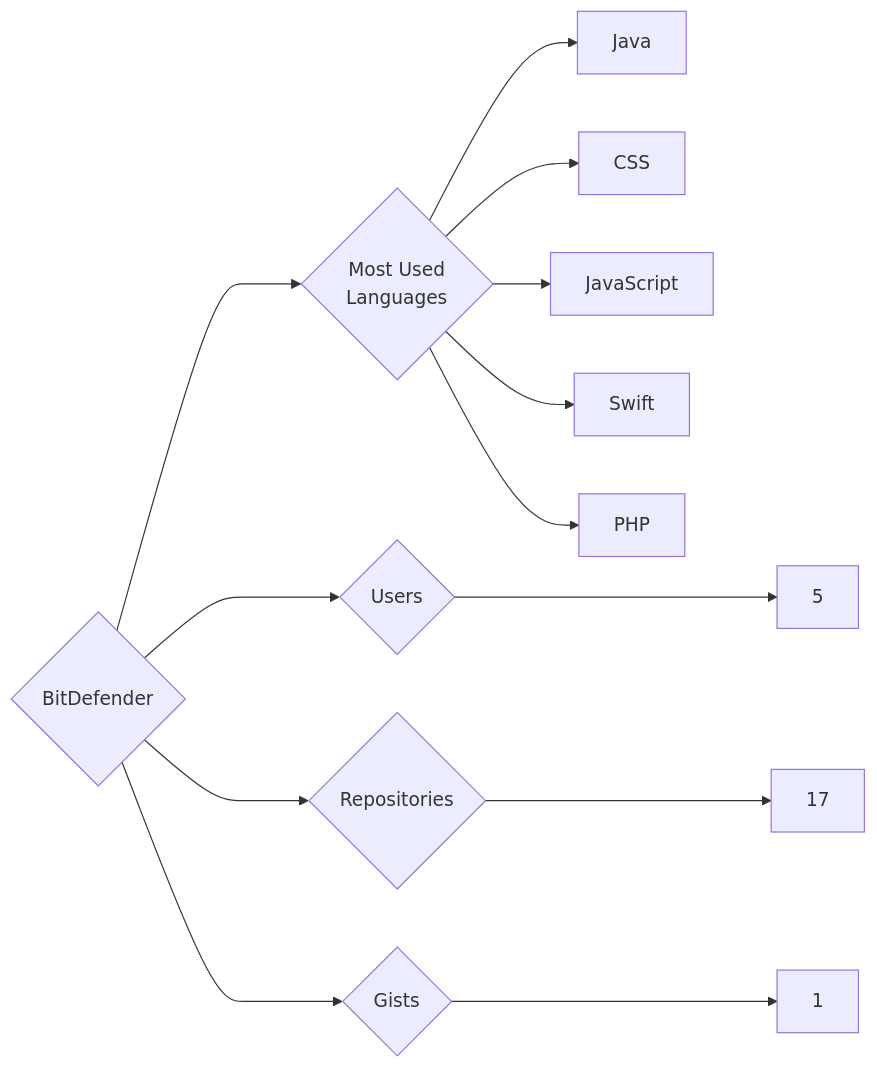
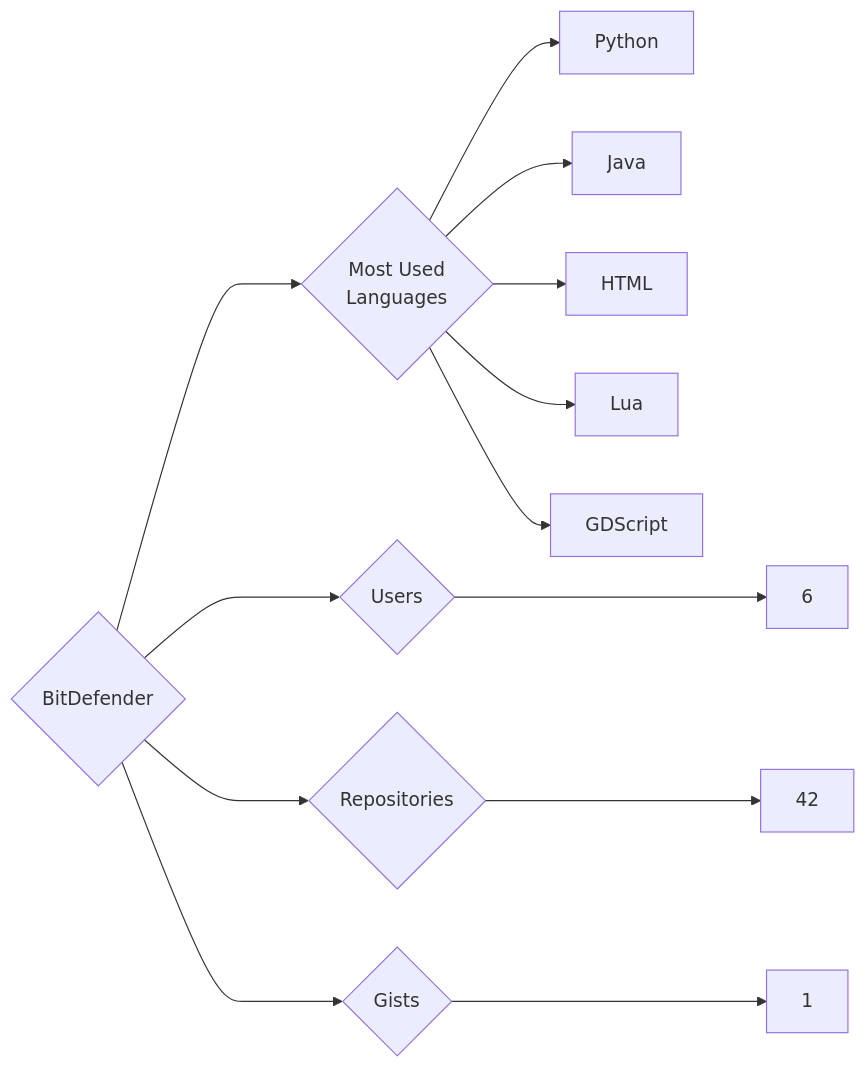
The diagram in targets/BitDefender/README.md (trickest/insiders), drawn with Mermaid before and after one commit. The commit also changed 724 other files, not shown here.

````diff
--- a/targets/BitDefender/README.md
+++ b/targets/BitDefender/README.md
@@ -3,13 +3,13 @@
 ```mermaid
 graph LR
 COMPANY_NAME{BitDefender}
-COMPANY_NAME ---> U{Users} ---> UN[5]
-COMPANY_NAME ---> R{Repositories} ---> RN[17]
+COMPANY_NAME ---> U{Users} ---> UN[6]
+COMPANY_NAME ---> R{Repositories} ---> RN[42]
 COMPANY_NAME ---> G{Gists} ---> GN[1]
 COMPANY_NAME ---> ML{Most Used<br>Languages}
+ML --> Python[Python]
 ML --> Java[Java]
-ML --> CSS[CSS]
-ML --> JavaScript[JavaScript]
-ML --> Swift[Swift]
-ML --> PHP[PHP]
+ML --> HTML[HTML]
+ML --> Lua[Lua]
+ML --> GDScript[GDScript]
 ```
````
